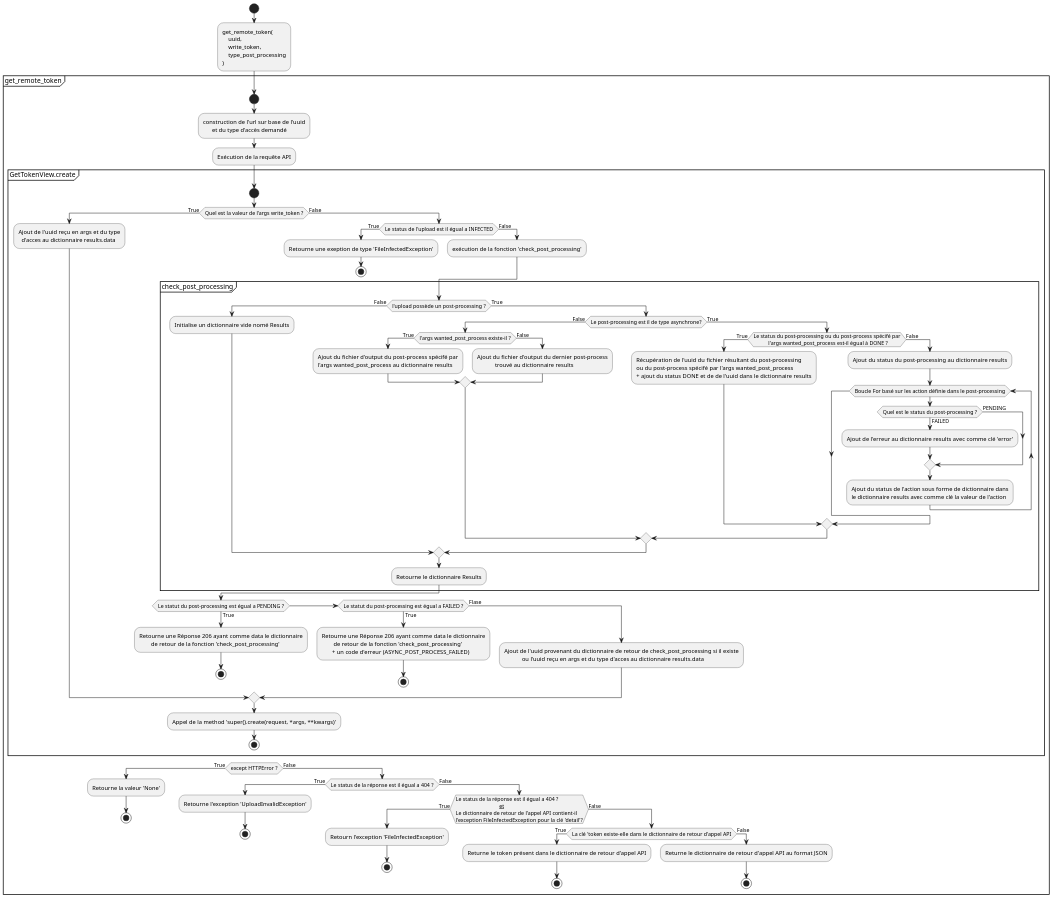
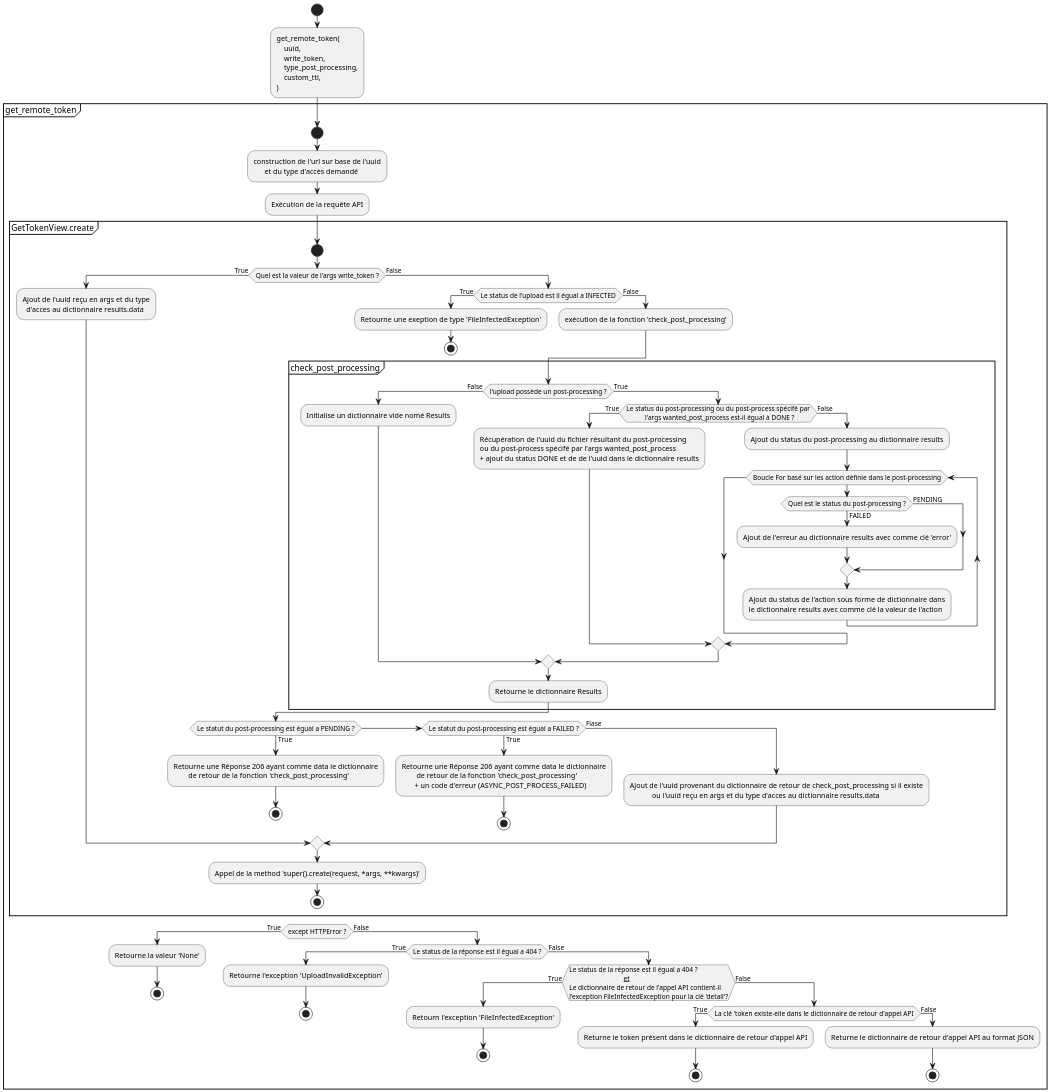
Before and after one commit to uclouvain/osis-document: the diagram in osis_document/docs/Django/diagram/get_remote_token.puml, drawn with PlantUML. The commit also changed 4 other files, not shown here.

Commit message:
Update Docs et refactor Token.check_post_processing

```diff
--- a/osis_document/docs/Django/diagram/get_remote_token.puml
+++ b/osis_document/docs/Django/diagram/get_remote_token.puml
@@ -1,125 +1,115 @@
 @startuml
 'https://plantuml.com/activity-diagram-beta
 scale max 1024 width
 skinparam dpi 300
 start
 :get_remote_token(
     uuid,
     write_token,
-    type_post_processing
+    type_post_processing,
+    custom_ttl,
 );
 
 
 
 partition get_remote_token
 start
 :construction de l'url sur base de l'uuid
       et du type d'accès demandé;
 :Exécution de la requête API;
 
     partition GetTokenView.create
     start
 
 
 
         if (Quel est la valeur de l'args write_token ?) then(True)
            :Ajout de l'uuid reçu en args et du type
              d'acces au dictionnaire results.data;
         else (False)
             if (Le status de l'upload est il égual a INFECTED) then(True)
                 :Retourne une exeption de type 'FileInfectedException';
                 stop
             else (False)
                 :exécution de la fonction 'check_post_processing';
             endif
 
 
 
             partition check_post_processing {
                 if (l'upload possède un post-processing ?) then(False)
                 :Initialise un dictionnaire vide nomé Results;
                 else (True)
-                    if (Le post-processing est il de type asynchrone?) then(False)
-                        if (l'args wanted_post_process existe-il ?) then(True)
-                        :Ajout du fichier d'output du post-process spécifé par
-                        l'args wanted_post_process au dictionnaire results;
-                        else (False)
-                        :Ajout du fichier d'output du dernier post-process
-                                    trouvé au dictionnaire results;
-                        endif
-
-                    else (True)
                         if (Le status du post-processing ou du post-process spécifé par
            l'args wanted_post_process est-il égual à DONE ?) then(True)
                         :Récupération de l'uuid du fichier résultant du post-processing
                         ou du post-process spécifé par l'args wanted_post_process
                         + ajout du status DONE et de de l'uuid dans le dictionnaire results;
                         else (False)
                             :Ajout du status du post-processing au dictionnaire results;
                             while (Boucle For basé sur les action définie dans le post-processing)
                             if (Quel est le status du post-processing ?) then(PENDING)
 
                             else (FAILED)
                                 :Ajout de l'erreur au dictionnaire results avec comme clé 'error';
                             endif
                             :Ajout du status de l'action sous forme de dictionnaire dans
                             le dictionnaire results avec comme clé la valeur de l'action;
                             endwhile
                         endif
                     endif
-                endif
                 :Retourne le dictionnaire Results;
             }
 
 
            if (Le statut du post-processing est égual a PENDING ?) then(True)
                 :Retourne une Réponse 206 ayant comme data le dictionnaire
                         de retour de la fonction 'check_post_processing';
                 stop
            elseif (Le statut du post-processing est égual a FAILED ?) then(True)
                 :Retourne une Réponse 206 ayant comme data le dictionnaire
                         de retour de la fonction 'check_post_processing'
                        + un code d'erreur (ASYNC_POST_PROCESS_FAILED);
 
                 stop
            else (Flase)
                 :Ajout de l'uuid provenant du dictionnaire de retour de check_post_processing si il existe
                             ou l'uuid reçu en args et du type d'acces au dictionnaire results.data;
            endif
 
         endif
         :Appel de la method 'super().create(request, *args, **kwargs)';
         stop
     }
 
 
     if (except HTTPError ?) then(True)
         :Retourne la valeur 'None';
         stop
     else (False)
         if (Le status de la réponse est il égual a 404 ?) then(True)
             :Retourne l'exception 'UploadInvalidException';
             stop
         else (False)
              if(Le status de la réponse est il égual a 404 ?
                                 __et__
 Le dictionnaire de retour de l'appel API contient-il
 l'exception FileInfectedException pour la clé 'detail'?) then(True)
             :Retourn l'exception 'FileInfectedException';
             stop
             else (False)
                 if (La clé 'token existe-elle dans le dictionnaire de retour d'appel API) then(True)
                 :Returne le token présent dans le dictionnaire de retour d'appel API;
                 stop
                 else (False)
                 :Returne le dictionnaire de retour d'appel API au format JSON;
                 stop
                 endif
             endif
         endif
     endif
 }
 
 
 
 @enduml
```
